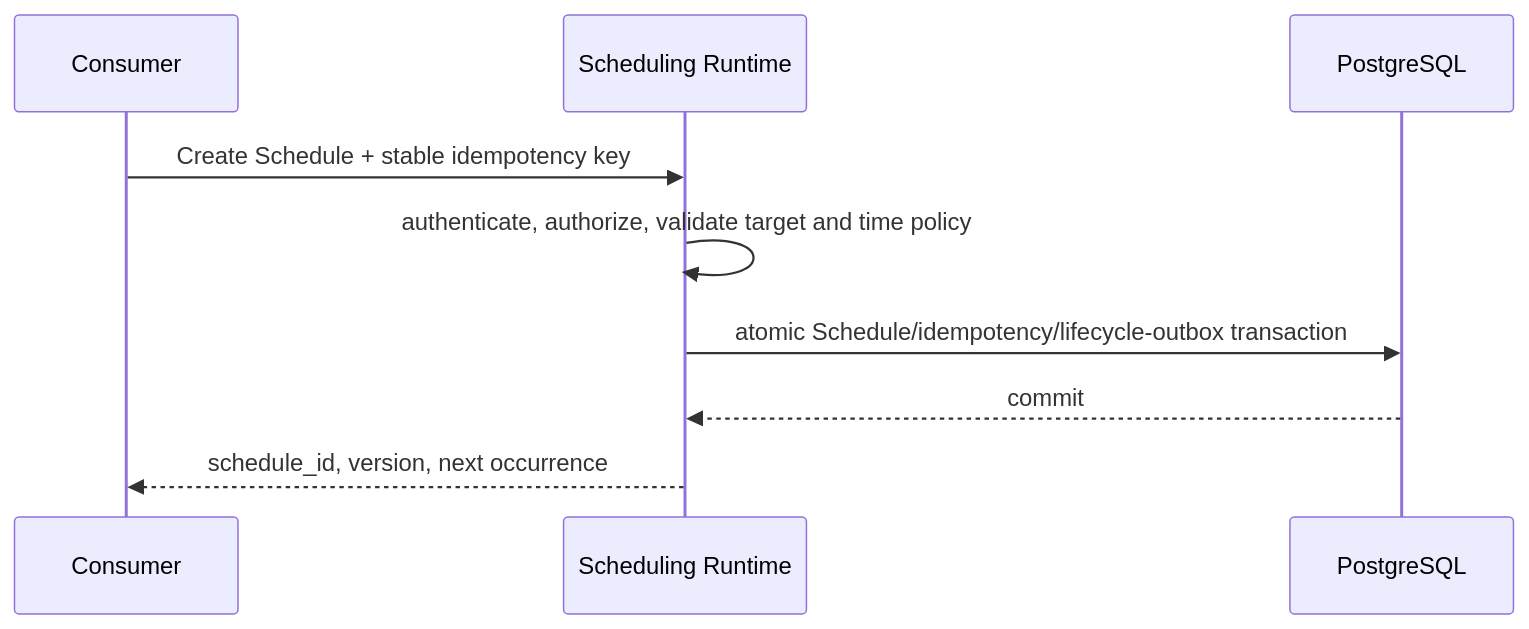
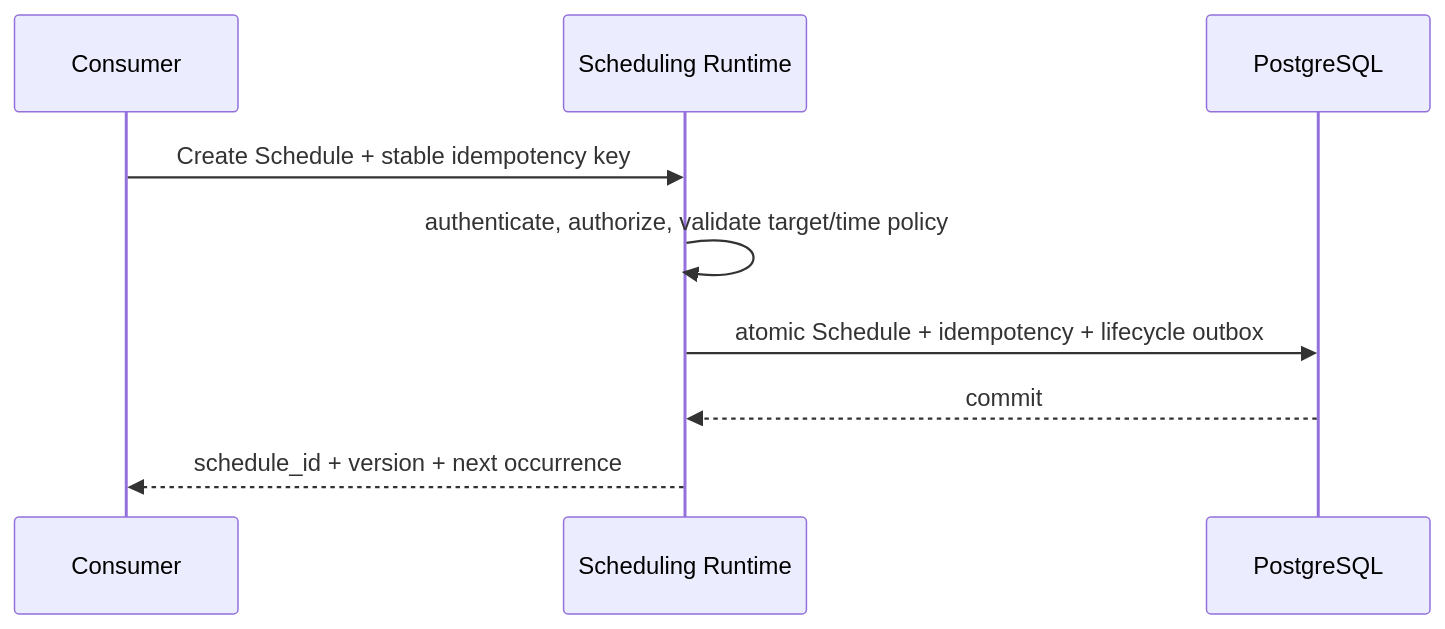
The third of 4 diagrams in 04-system/scnehaux-scheduling-platform/scnehaux-scheduling-runtime.sad.md (anshacerbia2/scnehaux-architecture), drawn with Mermaid before and after one commit. The commit also changed other lines of this file and 18 other files, not shown here.

````diff
--- a/04-system/scnehaux-scheduling-platform/scnehaux-scheduling-runtime.sad.md
+++ b/04-system/scnehaux-scheduling-platform/scnehaux-scheduling-runtime.sad.md
@@ -189,12 +241,12 @@
 ```mermaid
 sequenceDiagram
     participant C as Consumer
     participant S as Scheduling Runtime
     participant D as PostgreSQL
 
     C->>S: Create Schedule + stable idempotency key
-    S->>S: authenticate, authorize, validate target and time policy
-    S->>D: atomic Schedule/idempotency/lifecycle-outbox transaction
+    S->>S: authenticate, authorize, validate target/time policy
+    S->>D: atomic Schedule + idempotency + lifecycle outbox
     D-->>S: commit
-    S-->>C: schedule_id, version, next occurrence
+    S-->>C: schedule_id + version + next occurrence
 ```
````
